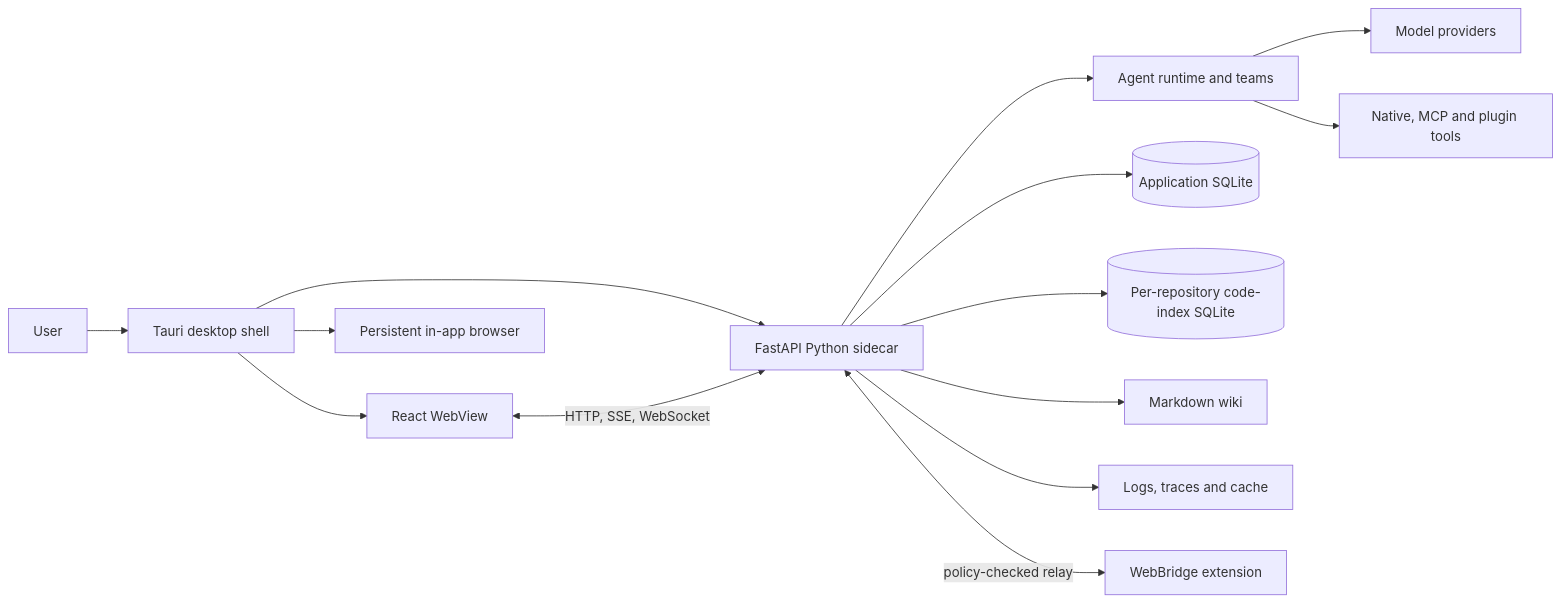
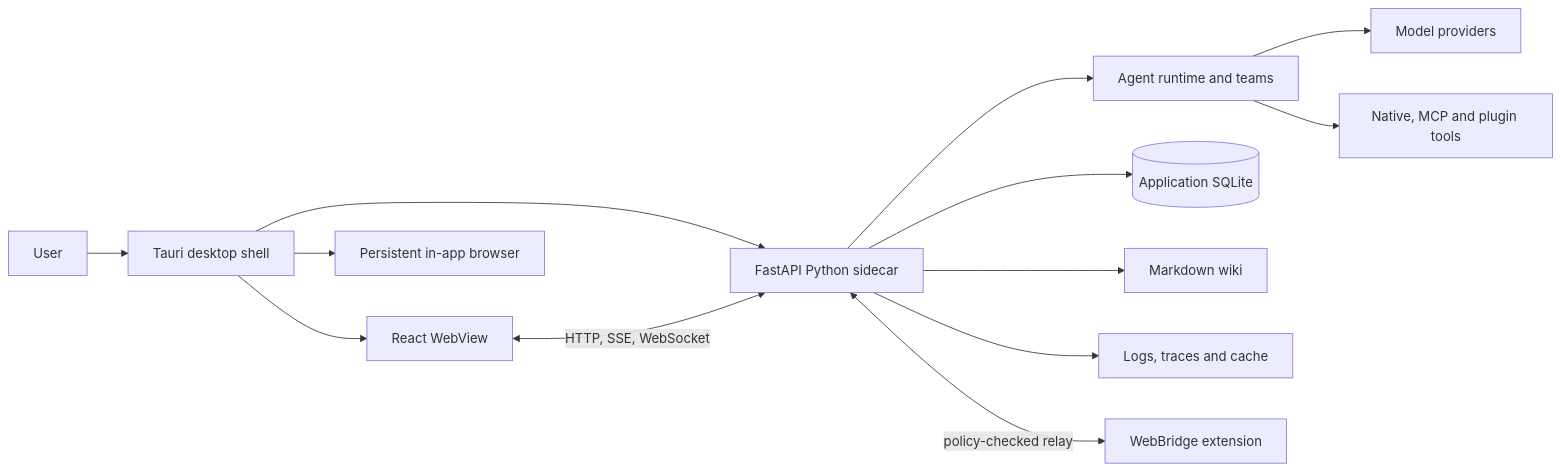
Before and after one commit to evoelsewhere/evoflux: the first of 2 diagrams in documents/architecture/system-overview.md, drawn with Mermaid. The commit also changed other lines of this file and 325 other files, not shown here.

````diff
--- a/documents/architecture/system-overview.md
+++ b/documents/architecture/system-overview.md
@@ -7,16 +7,15 @@
 ```mermaid
 flowchart LR
     User[User] --> Desktop[Tauri desktop shell]
     Desktop --> Web[React WebView]
     Desktop --> Sidecar[FastAPI Python sidecar]
     Web <-->|HTTP, SSE, WebSocket| Sidecar
     Sidecar --> Runtime[Agent runtime and teams]
     Runtime --> Providers[Model providers]
     Runtime --> Tools[Native, MCP and plugin tools]
     Sidecar --> AppDB[(Application SQLite)]
-    Sidecar --> RepoDB[(Per-repository code-index SQLite)]
     Sidecar --> Wiki[Markdown wiki]
     Sidecar --> State[Logs, traces and cache]
     Desktop --> Browser[Persistent in-app browser]
     Sidecar <-->|policy-checked relay| Bridge[WebBridge extension]
 ```
````
